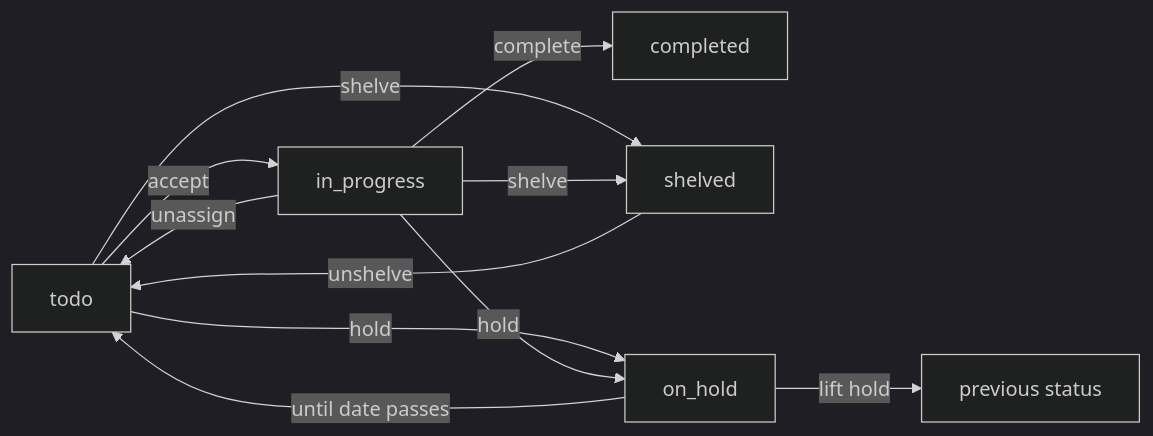
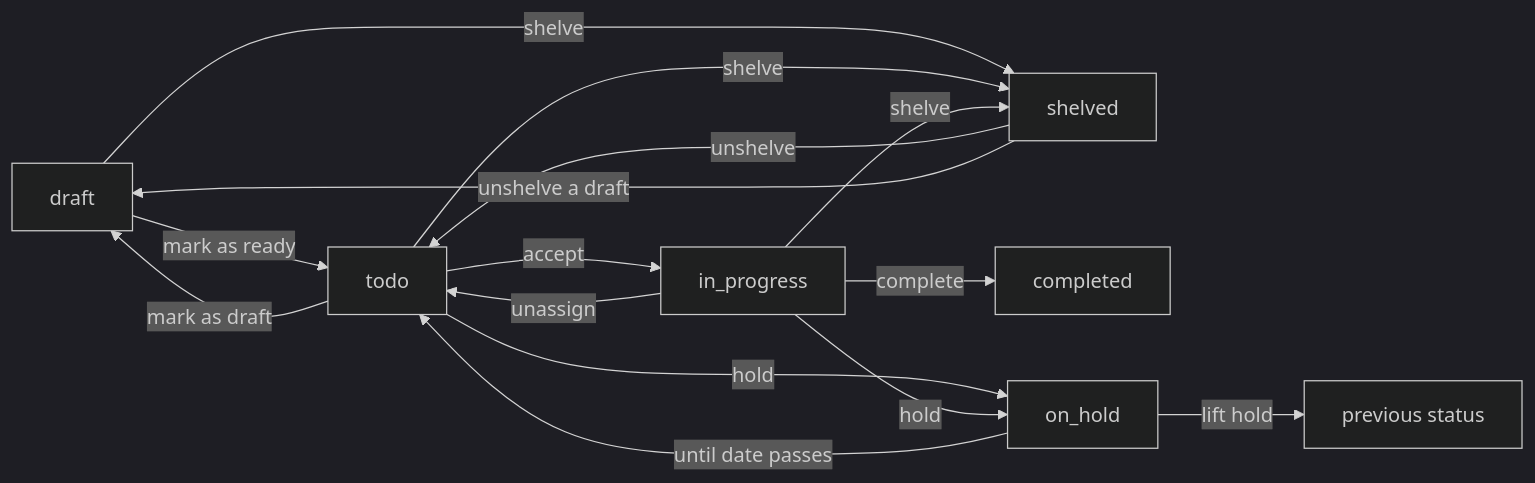
One commit to alepha-dev/alepha changed the diagram in lore/docs/3-plan/1-quests.md. Above: the diagram before and after it, drawn with Mermaid (dark theme). The commit also changed other lines of this file and 11 other files, not shown here.

````diff
--- a/lore/docs/3-plan/1-quests.md
+++ b/lore/docs/3-plan/1-quests.md
@@ -127,13 +133,17 @@
 ```mermaid
 flowchart LR
+  draft -->|mark as ready| todo
+  todo -->|mark as draft| draft
+  draft -->|shelve| shelved
   todo -->|accept| in_progress
   in_progress -->|complete| completed
   in_progress -->|unassign| todo
   todo -->|shelve| shelved
   in_progress -->|shelve| shelved
   shelved -->|unshelve| todo
+  shelved -->|unshelve a draft| draft
   todo -->|hold| on_hold
   in_progress -->|hold| on_hold
   on_hold -->|lift hold| back[previous status]
   on_hold -->|until date passes| todo
 ```
````
